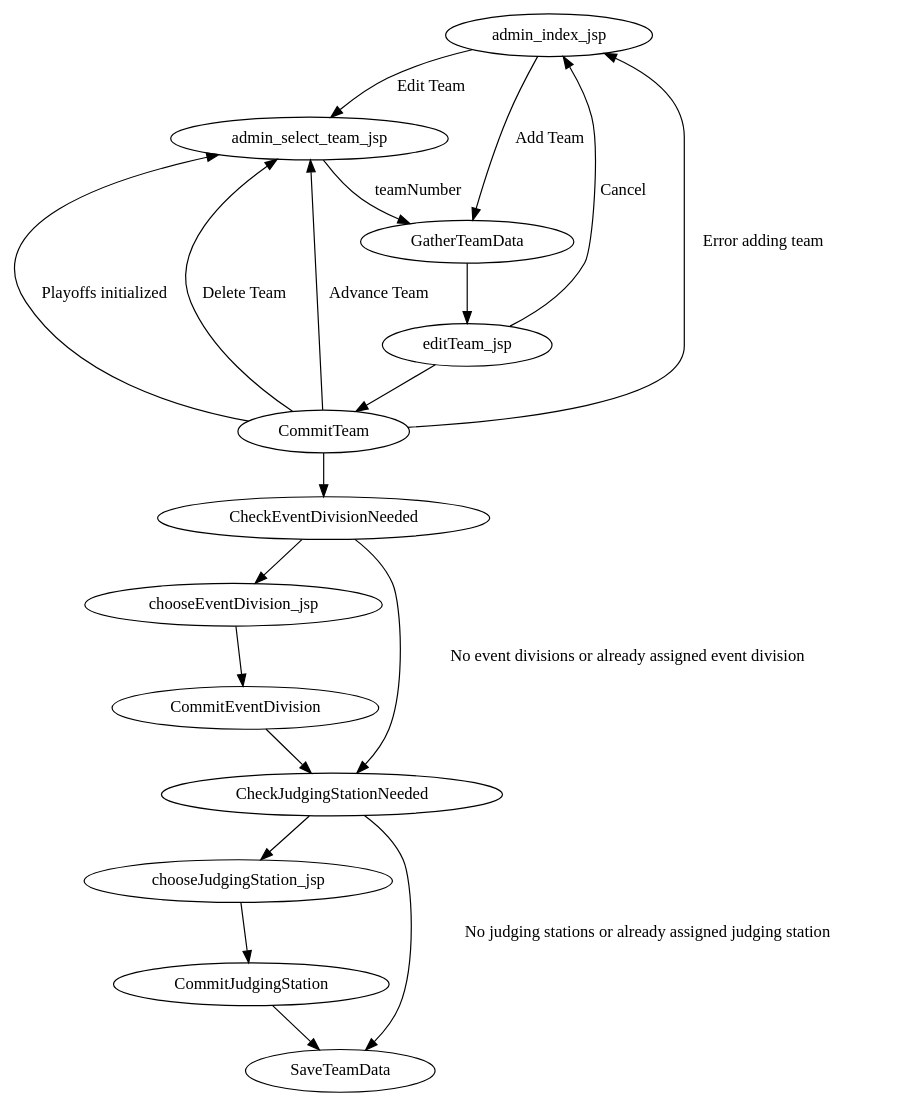
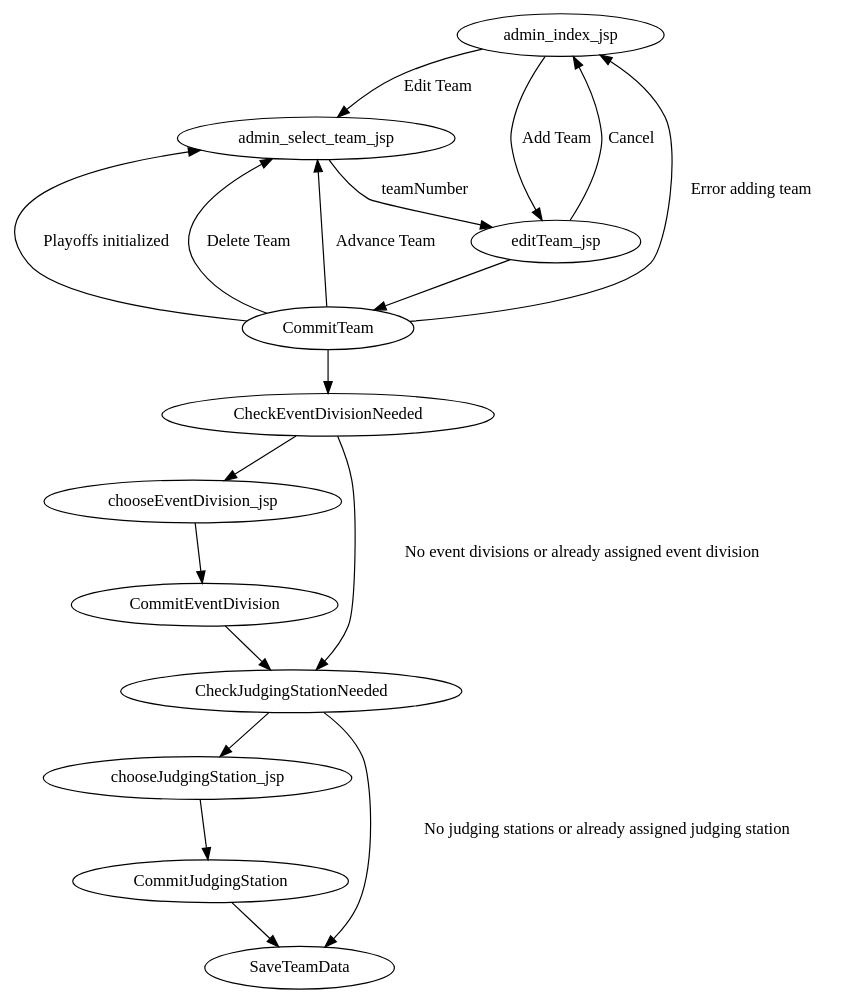
The diagram in scoring/docs/workflows/edit-team.dot (jpschewe/fll-sw), drawn with Graphviz before and after one commit. The commit also changed 4 other files, not shown here.

First line of the commit message:
Put edit team information in the page context

```diff
--- a/scoring/docs/workflows/edit-team.dot
+++ b/scoring/docs/workflows/edit-team.dot
@@ -1,42 +1,40 @@
 digraph edit_team {
 
 admin_index_jsp -> admin_select_team_jsp [label="Edit Team"];
 
-admin_index_jsp -> GatherTeamData [label="Add Team"];
+admin_index_jsp -> editTeam_jsp [label="Add Team"];
 
-admin_select_team_jsp -> GatherTeamData [label="teamNumber"];
-
-GatherTeamData -> editTeam_jsp;
+admin_select_team_jsp -> editTeam_jsp [label="teamNumber"];
 
 editTeam_jsp -> CommitTeam;
 
 editTeam_jsp -> admin_index_jsp [label="Cancel"];
 
 CommitTeam -> admin_select_team_jsp [label="Delete Team"];
 
 CommitTeam -> admin_select_team_jsp [label="Advance Team"];
 
 CommitTeam -> admin_select_team_jsp [label="Playoffs initialized"];
 
 CommitTeam -> admin_index_jsp [label="Error adding team"];
 
 CommitTeam -> CheckEventDivisionNeeded;
 
 CheckEventDivisionNeeded -> chooseEventDivision_jsp;
 
 chooseEventDivision_jsp -> CommitEventDivision;
 
 CommitEventDivision -> CheckJudgingStationNeeded;
 
 CheckEventDivisionNeeded -> CheckJudgingStationNeeded [label="No event divisions or already assigned event division"];
 
 CheckJudgingStationNeeded -> chooseJudgingStation_jsp;
 
 CheckJudgingStationNeeded -> SaveTeamData [label="No judging stations or already assigned judging station"];
 
 chooseJudgingStation_jsp -> CommitJudgingStation;
 
 CommitJudgingStation -> SaveTeamData;
 
 
 }
```
